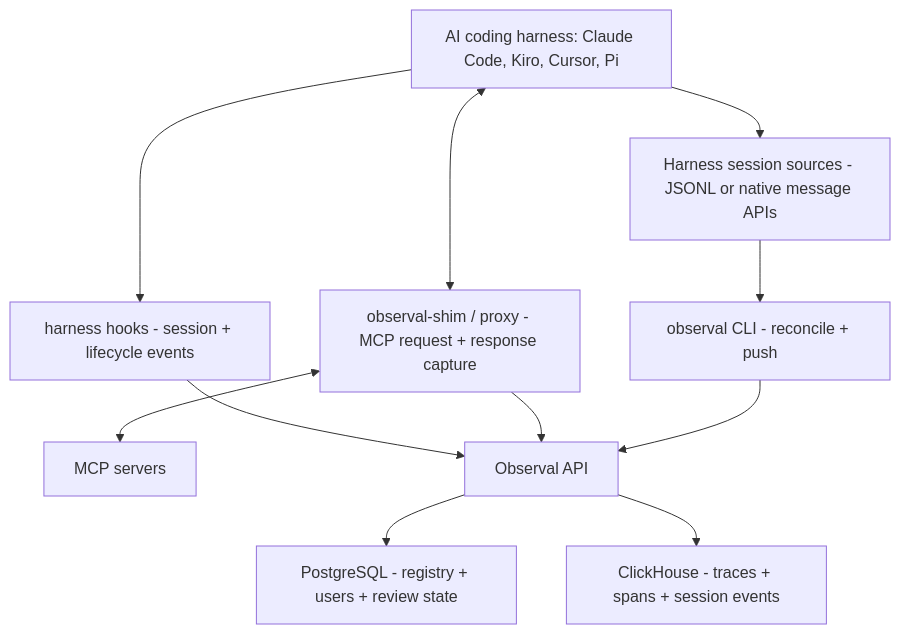
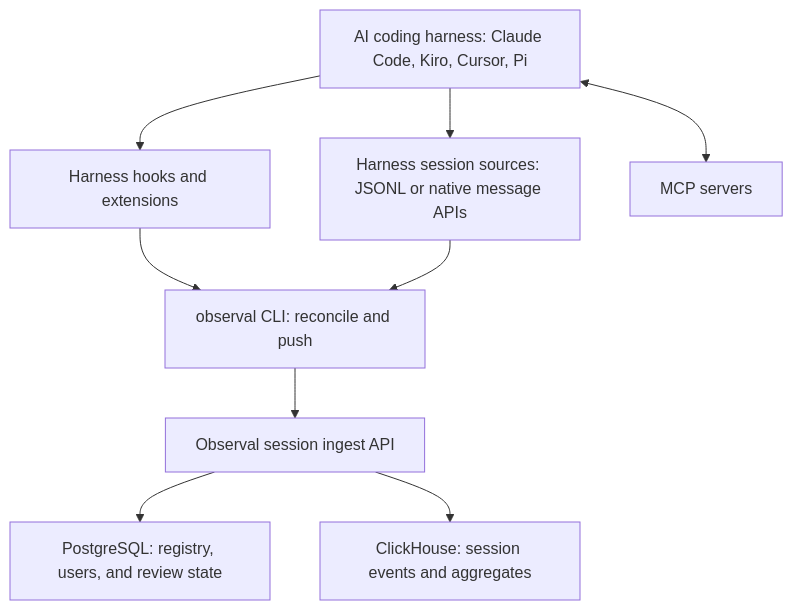
Before and after one commit to Observal/Observal: the diagram in docs/getting-started/core-concepts.md, drawn with Mermaid. The commit also changed other lines of this file and 87 other files, not shown here.

````diff
--- a/docs/getting-started/core-concepts.md
+++ b/docs/getting-started/core-concepts.md
@@ -11,23 +11,20 @@
 ```mermaid
 flowchart TB
     harness["AI coding harness: Claude Code, Kiro, Cursor, Pi"]
-    sessions["Harness session sources - JSONL or native message APIs"]
-    hooks["harness hooks - session + lifecycle events"]
-    shim["observal-shim / proxy - MCP request + response capture"]
+    sessions["Harness session sources: JSONL or native message APIs"]
+    hooks["Harness hooks and extensions"]
     mcp[MCP servers]
-    cli["observal CLI - reconcile + push"]
-    api[Observal API]
-    pg["PostgreSQL - registry + users + review state"]
-    ch["ClickHouse - traces + spans + session events"]
+    cli["observal CLI: reconcile and push"]
+    api[Observal session ingest API]
+    pg["PostgreSQL: registry, users, and review state"]
+    ch["ClickHouse: session events and aggregates"]
 
     harness --> sessions
     harness --> hooks
-    harness <--> shim
-    shim <--> mcp
-    hooks --> api
-    shim --> api
+    harness <--> mcp
+    hooks --> cli
     sessions --> cli
     cli --> api
     api --> pg
     api --> ch
 ```
````
